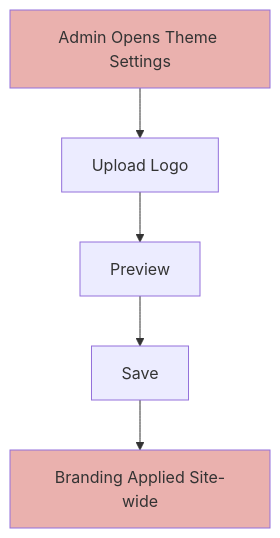
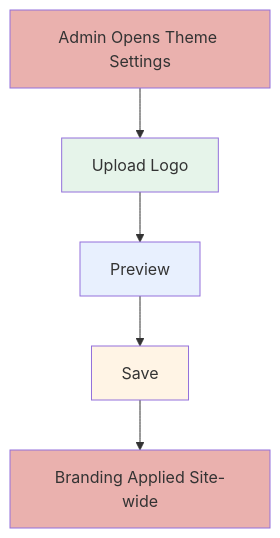
The fourth of 7 diagrams in NTG-Ticket-User Guide.md (salmanb74-dev/ntg-ticket), drawn with Mermaid before and after one commit. The commit also changed other lines of this file, not shown here.

````diff
--- a/NTG-Ticket-User Guide.md
+++ b/NTG-Ticket-User Guide.md
@@ -183,9 +196,12 @@
 ```mermaid
 flowchart TD
     A[Admin Opens Theme Settings] --> B[Upload Logo]
     B --> C[Preview]
     C --> D[Save]
     D --> E[Branding Applied Site-wide]
     style A fill:#EAB1AE
+    style B fill:#E6F4EA
+    style C fill:#E8F0FE
+    style D fill:#FFF4E5
     style E fill:#EAB1AE
 ```
````
